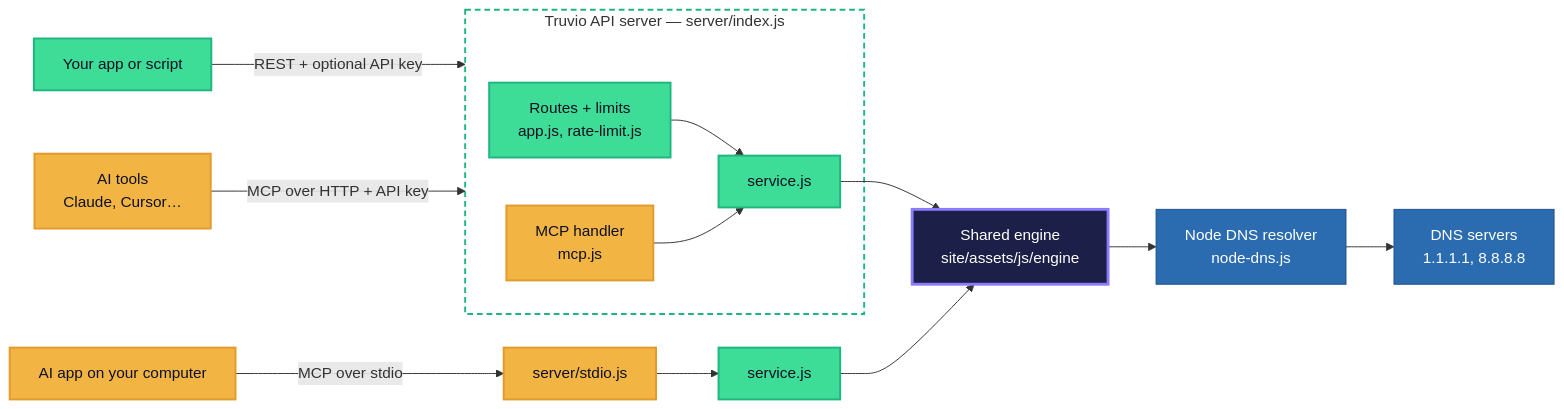
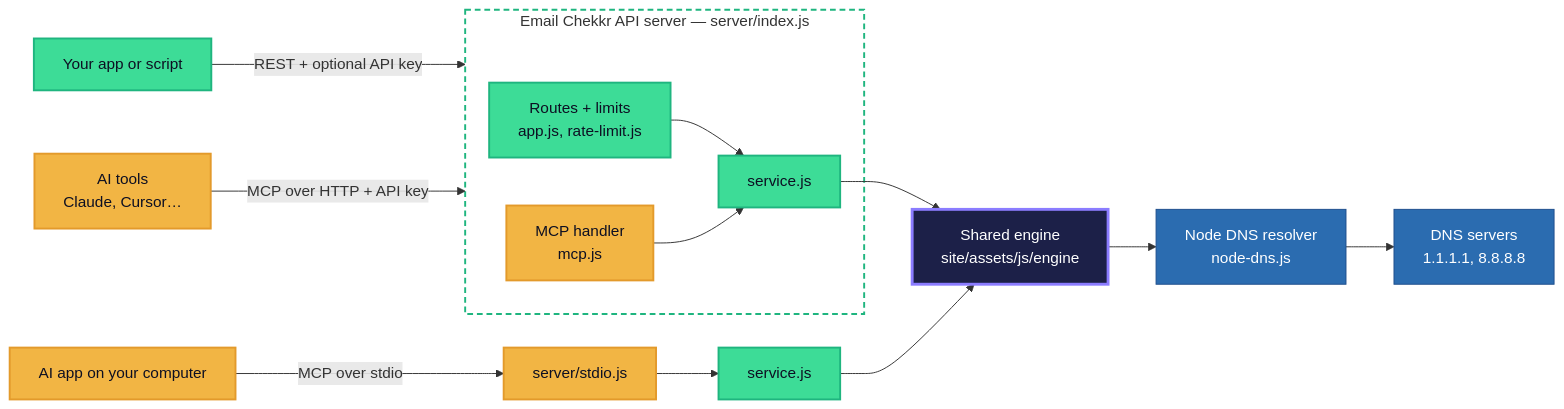
Before and after one commit to nexoradev-stack/Email-Chekkr: the sixth of 7 diagrams in ARCHITECTURE.md, drawn with Mermaid. The commit also changed other lines of this file and 42 other files, not shown here.

First line of the commit message:
Rebrand to Email Chekkr and rebuild the website

````diff
--- a/ARCHITECTURE.md
+++ b/ARCHITECTURE.md
@@ -215,31 +216,31 @@
 ```mermaid
 flowchart LR
   App[Your app or script] -->|REST + optional API key| S
   AI[AI tools<br/>Claude, Cursor…] -->|MCP over HTTP + API key| S
   Local[AI app on your computer] -->|MCP over stdio| L[server/stdio.js]
-  subgraph S[Truvio API server — server/index.js]
+  subgraph S[Email Chekkr API server — server/index.js]
     R[Routes + limits<br/>app.js, rate-limit.js] --> Svc[service.js]
     M[MCP handler<br/>mcp.js] --> Svc
   end
   L --> Svc2[service.js]
   Svc --> Eng[Shared engine<br/>site/assets/js/engine]
   Svc2 --> Eng
   Eng --> D[Node DNS resolver<br/>node-dns.js]
   D --> NS[DNS servers<br/>1.1.1.1, 8.8.8.8]
   classDef web fill:#8b7cff,stroke:#5b4bdb,color:#ffffff,stroke-width:2px
   classDef api fill:#3ddc97,stroke:#1fb57f,color:#0d0f22,stroke-width:2px
   classDef mcp fill:#f2b544,stroke:#e39a2b,color:#0d0f22,stroke-width:2px
   classDef engine fill:#1c2048,stroke:#8b7cff,color:#ffffff,stroke-width:3px
   classDef dns fill:#2b6cb0,stroke:#1e4e8c,color:#ffffff
   classDef ext fill:#e2e4f0,stroke:#9aa0c8,color:#1b1d3a
   classDef valid fill:#1fb57f,stroke:#1fb57f,color:#ffffff
   classDef risky fill:#e39a2b,stroke:#e39a2b,color:#ffffff
   classDef invalid fill:#dc4a3d,stroke:#dc4a3d,color:#ffffff
   classDef unknown fill:#6b7090,stroke:#6b7090,color:#ffffff
   classDef step fill:#eef0f8,stroke:#8b7cff,color:#1b1d3a
   class App,R,Svc,Svc2 api
   class AI,Local,M,L mcp
   class Eng engine
   class D,NS dns
   style S fill:transparent,stroke:#1fb57f,stroke-width:2px,stroke-dasharray:6 4
 ```
````
